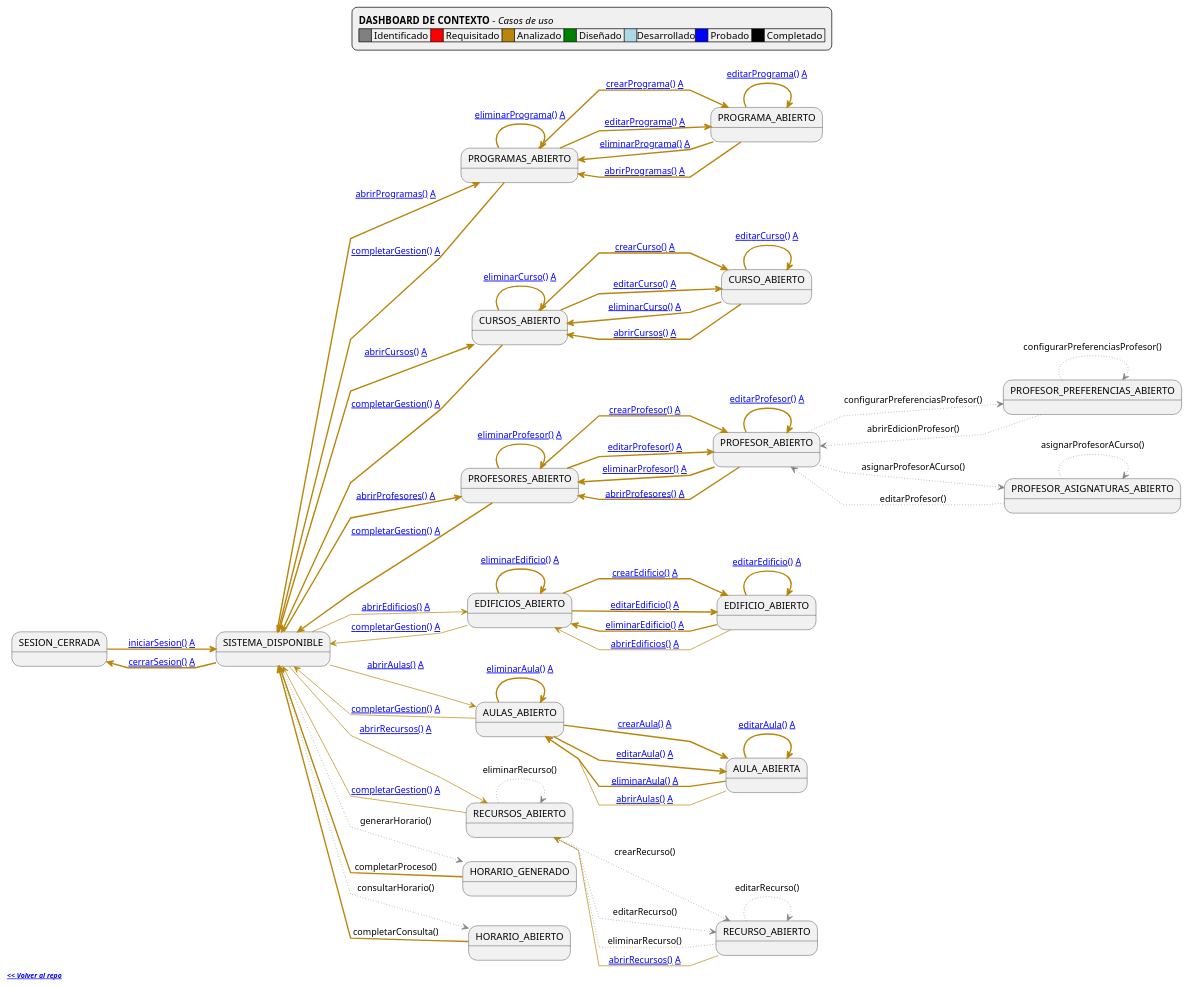
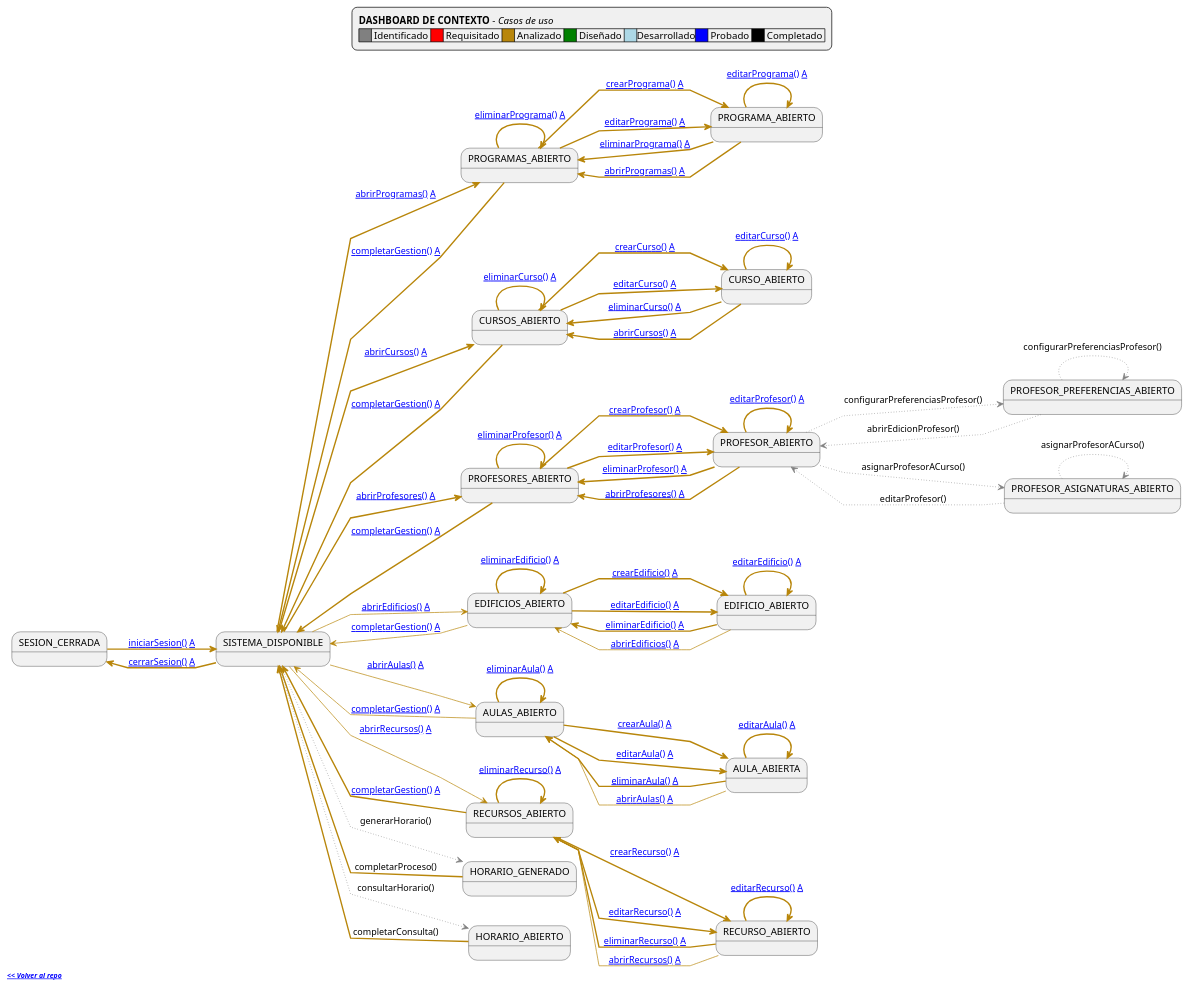
The diagram in RUP/99-seguimiento/diagrama-contexto-administrador.puml (Hexcss/scheduler), drawn with PlantUML before and after one commit. The commit also changed 26 other files, not shown here.

First line of the commit message:
feat(recursos-rup): implementar hilo completo CRUD de Recursos siguiendo metodología "como comer pipas"

```diff
--- a/RUP/99-seguimiento/diagrama-contexto-administrador.puml
+++ b/RUP/99-seguimiento/diagrama-contexto-administrador.puml
@@ -98,18 +98,18 @@
 EditAula -[#darkgoldenrod,bold]-> EditAula: [[https://github.com/mmasias/pySigHor/blob/main/RUP/00-casos-uso/02-detalle/editarAula/README.md editarAula()]] [[https://github.com/mmasias/pySigHor/blob/main/RUP/01-analisis/casos-uso/editarAula/README.md A]]
 EditAula -[#darkgoldenrod,bold]-> ListAulas: [[https://github.com/mmasias/pySigHor/blob/main/RUP/00-casos-uso/02-detalle/eliminarAula/README.md eliminarAula()]] [[https://github.com/mmasias/pySigHor/blob/main/RUP/01-analisis/casos-uso/eliminarAula/README.md A]]
 EditAula -[#darkgoldenrod]-> ListAulas: [[https://github.com/mmasias/pySigHor/blob/main/RUP/00-casos-uso/02-detalle/abrirAulas/README.md abrirAulas()]] [[https://github.com/mmasias/pySigHor/blob/main/RUP/01-analisis/casos-uso/abrirAulas/README.md A]]
-ListRecursos -[#gray,dotted]-> EditRecurso: crearRecurso()
-ListRecursos -[#gray,dotted]-> EditRecurso: editarRecurso()
-ListRecursos -[#gray,dotted]-> ListRecursos: eliminarRecurso()
-EditRecurso -[#gray,dotted]-> EditRecurso: editarRecurso()
-EditRecurso -[#gray,dotted]-> ListRecursos: eliminarRecurso()
+ListRecursos -[#darkgoldenrod,bold]-> EditRecurso: [[https://github.com/mmasias/pySigHor/blob/main/RUP/00-casos-uso/02-detalle/crearRecurso/README.md crearRecurso()]] [[https://github.com/mmasias/pySigHor/blob/main/RUP/01-analisis/casos-uso/crearRecurso/README.md A]]
+ListRecursos -[#darkgoldenrod,bold]-> EditRecurso: [[https://github.com/mmasias/pySigHor/blob/main/RUP/00-casos-uso/02-detalle/editarRecurso/README.md editarRecurso()]] [[https://github.com/mmasias/pySigHor/blob/main/RUP/01-analisis/casos-uso/editarRecurso/README.md A]]
+ListRecursos -[#darkgoldenrod,bold]-> ListRecursos: [[https://github.com/mmasias/pySigHor/blob/main/RUP/00-casos-uso/02-detalle/eliminarRecurso/README.md eliminarRecurso()]] [[https://github.com/mmasias/pySigHor/blob/main/RUP/01-analisis/casos-uso/eliminarRecurso/README.md A]]
+EditRecurso -[#darkgoldenrod,bold]-> EditRecurso: [[https://github.com/mmasias/pySigHor/blob/main/RUP/00-casos-uso/02-detalle/editarRecurso/README.md editarRecurso()]] [[https://github.com/mmasias/pySigHor/blob/main/RUP/01-analisis/casos-uso/editarRecurso/README.md A]]
+EditRecurso -[#darkgoldenrod,bold]-> ListRecursos: [[https://github.com/mmasias/pySigHor/blob/main/RUP/00-casos-uso/02-detalle/eliminarRecurso/README.md eliminarRecurso()]] [[https://github.com/mmasias/pySigHor/blob/main/RUP/01-analisis/casos-uso/eliminarRecurso/README.md A]]
 EditRecurso -[#darkgoldenrod]-> ListRecursos: [[https://github.com/mmasias/pySigHor/blob/main/RUP/00-casos-uso/02-detalle/abrirRecursos/README.md abrirRecursos()]] [[https://github.com/mmasias/pySigHor/blob/main/RUP/01-analisis/casos-uso/abrirRecursos/README.md A]]
 ListProgramas -[#darkgoldenrod,thickness=2]-> Menu: [[https://github.com/mmasias/pySigHor/blob/main/RUP/00-casos-uso/02-detalle/completarGestion/README.md completarGestion()]] [[https://github.com/mmasias/pySigHor/blob/main/RUP/01-analisis/casos-uso/completarGestion/README.md A]]
 ListCursos -[#darkgoldenrod,thickness=2]-> Menu: [[https://github.com/mmasias/pySigHor/blob/main/RUP/00-casos-uso/02-detalle/completarGestion/README.md completarGestion()]] [[https://github.com/mmasias/pySigHor/blob/main/RUP/01-analisis/casos-uso/completarGestion/README.md A]]
 ListProfesores -[#darkgoldenrod,thickness=2]-> Menu: [[https://github.com/mmasias/pySigHor/blob/main/RUP/00-casos-uso/02-detalle/completarGestion/README.md completarGestion()]] [[https://github.com/mmasias/pySigHor/blob/main/RUP/01-analisis/casos-uso/completarGestion/README.md A]]
 ListEdificios -[#darkgoldenrod]-> Menu: [[https://github.com/mmasias/pySigHor/blob/main/RUP/00-casos-uso/02-detalle/completarGestion/README.md completarGestion()]] [[https://github.com/mmasias/pySigHor/blob/main/RUP/01-analisis/casos-uso/completarGestion/README.md A]]
 ListAulas -[#darkgoldenrod]-> Menu: [[https://github.com/mmasias/pySigHor/blob/main/RUP/00-casos-uso/02-detalle/completarGestion/README.md completarGestion()]] [[https://github.com/mmasias/pySigHor/blob/main/RUP/01-analisis/casos-uso/completarGestion/README.md A]]
-ListRecursos -[#darkgoldenrod]-> Menu: [[https://github.com/mmasias/pySigHor/blob/main/RUP/00-casos-uso/02-detalle/completarGestion/README.md completarGestion()]] [[https://github.com/mmasias/pySigHor/blob/main/RUP/01-analisis/casos-uso/completarGestion/README.md A]]
+ListRecursos -[#darkgoldenrod,bold]-> Menu: [[https://github.com/mmasias/pySigHor/blob/main/RUP/00-casos-uso/02-detalle/completarGestion/README.md completarGestion()]] [[https://github.com/mmasias/pySigHor/blob/main/RUP/01-analisis/casos-uso/completarGestion/README.md A]]
 Generacion -[#darkgoldenrod,thickness=2]-> Menu: completarProceso()
 Consulta -[#darkgoldenrod,thickness=2]-> Menu: completarConsulta()
 @enduml
```
